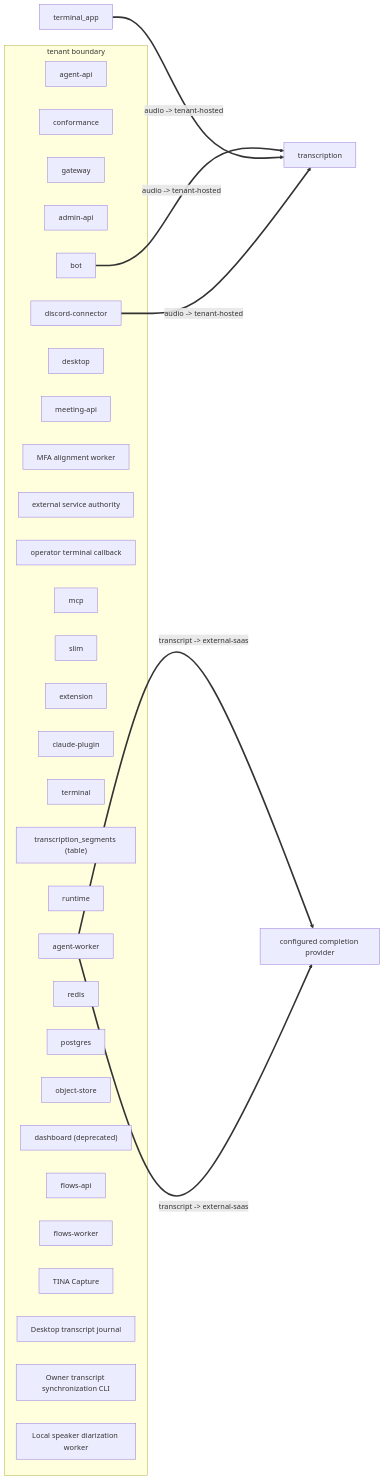
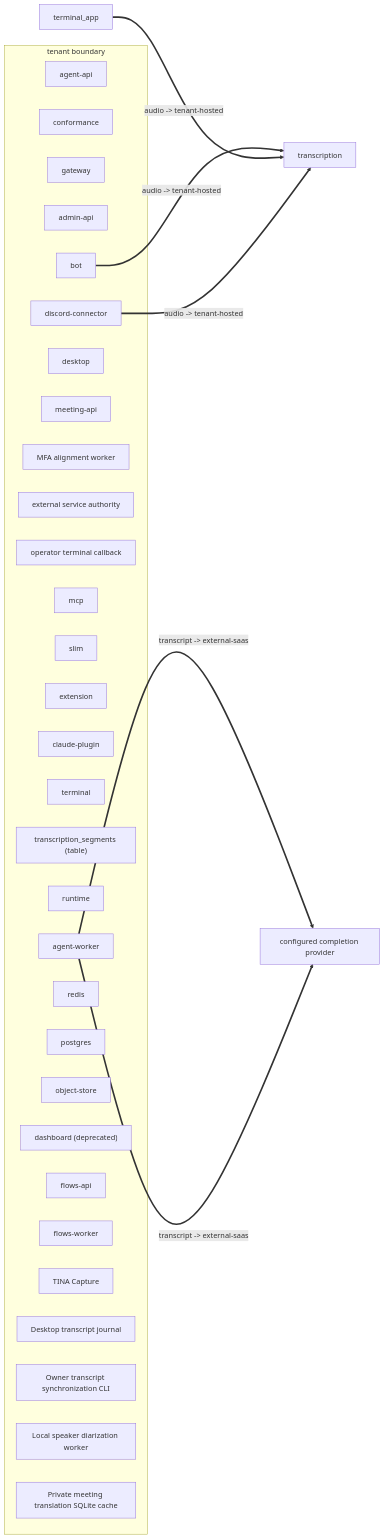
The diagram in docs/views/egress.mmd (NamTV2712/TINA-demo), drawn with Mermaid before and after one commit. The commit also changed 50 other files, not shown here.

```diff
--- a/docs/views/egress.mmd
+++ b/docs/views/egress.mmd
@@ -1,43 +1,44 @@
 %% GENERATED — pnpm arch:dsl --write
 flowchart LR
   subgraph tenant["tenant boundary"]
     agent_api["agent-api"]
     conformance["conformance"]
     gateway["gateway"]
     admin_api["admin-api"]
     bot["bot"]
     discord_connector["discord-connector"]
     desktop["desktop"]
     meeting_api["meeting-api"]
     alignment_worker["MFA alignment worker"]
     service_authority["external service authority"]
     system_webhook["operator terminal callback"]
     mcp["mcp"]
     slim["slim"]
     extension["extension"]
     claude_plugin["claude-plugin"]
     terminal["terminal"]
     segments_table["transcription_segments (table)"]
     runtime["runtime"]
     agent_worker["agent-worker"]
     redis["redis"]
     postgres["postgres"]
     object_store["object-store"]
     dashboard["dashboard (deprecated)"]
     flows_api["flows-api"]
     flows_worker["flows-worker"]
     native_capture["TINA Capture"]
     desktop_journal["Desktop transcript journal"]
     transcript_sync["Owner transcript synchronization CLI"]
     diarization_worker["Local speaker diarization worker"]
+    meeting_translation_cache["Private meeting translation SQLite cache"]
   end
   transcription["transcription"]
   bot ==>|"audio -> tenant-hosted"| transcription
   transcription["transcription"]
   terminal_app ==>|"audio -> tenant-hosted"| transcription
   completion_provider["configured completion provider"]
   agent_worker ==>|"transcript -> external-saas"| completion_provider
   completion_provider["configured completion provider"]
   agent_worker ==>|"transcript -> external-saas"| completion_provider
   transcription["transcription"]
   discord_connector ==>|"audio -> tenant-hosted"| transcription
```
